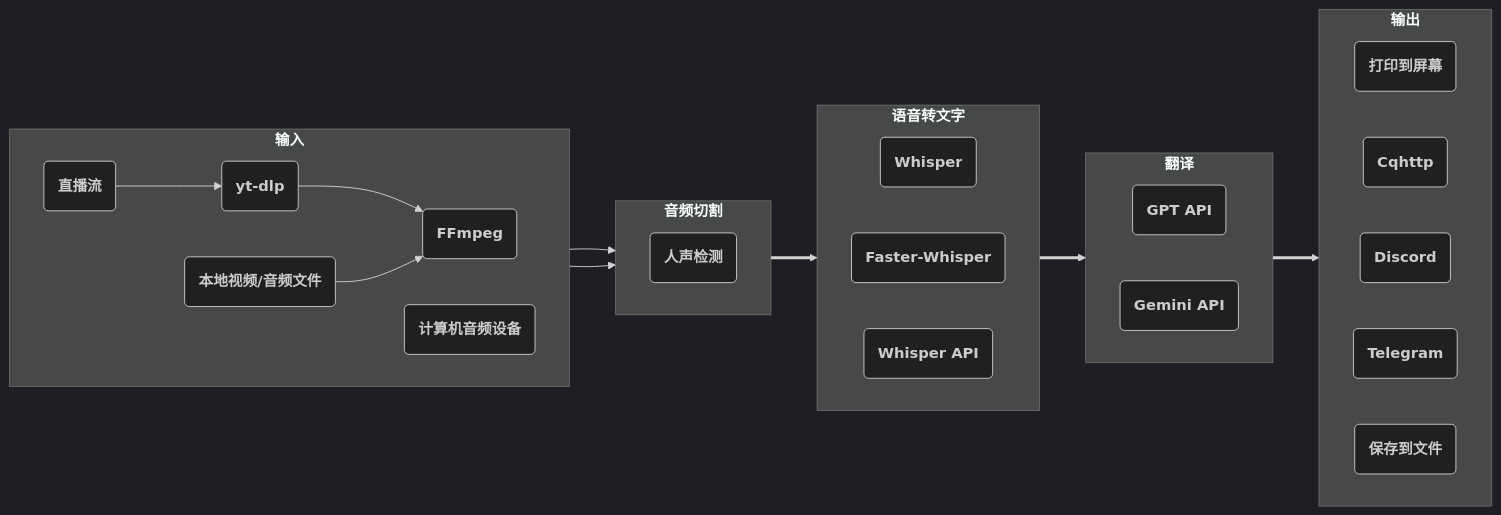
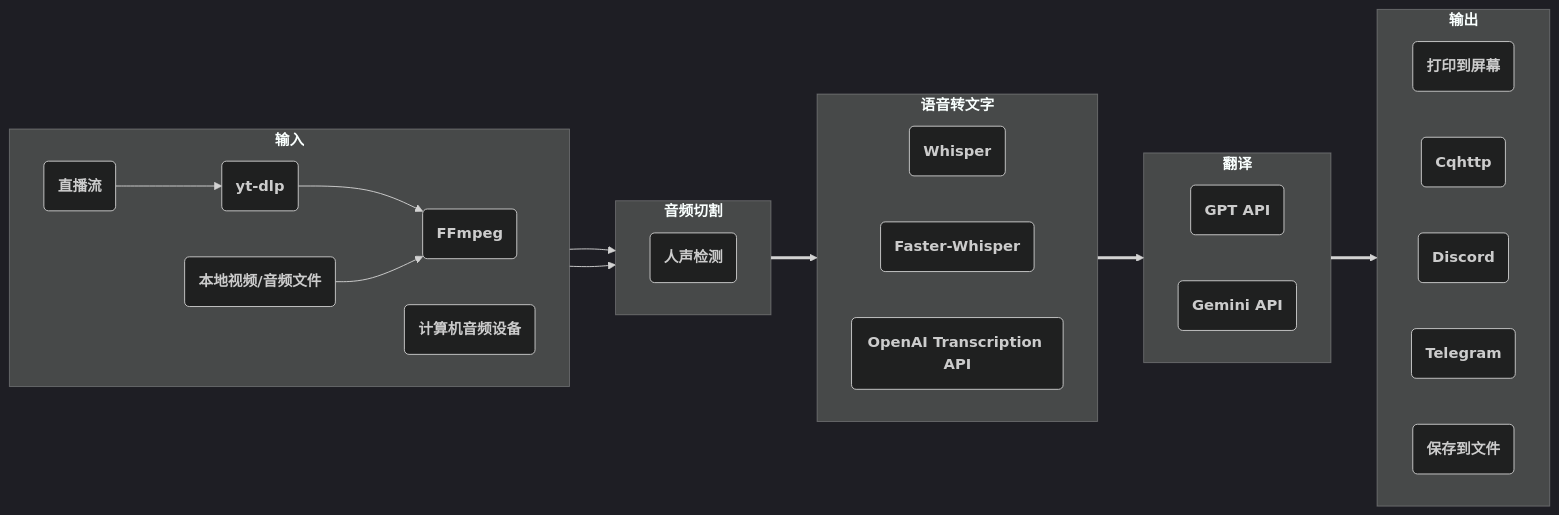
The diagram in README_CN.md (ionic-bond/stream-translator-gpt), drawn with Mermaid (dark theme) before and after one commit. The commit also changed other lines of this file and 9 other files, not shown here.

````diff
--- a/README_CN.md
+++ b/README_CN.md
@@ -7,42 +7,42 @@
 ```mermaid
 flowchart LR
     subgraph ga["`**输入**`"]
         direction LR
         aa("`**FFmpeg**`")
         ab("`**计算机音频设备**`")
         ac("`**yt-dlp**`")
         ad("`**本地视频/音频文件**`")
         ae("`**直播流**`")
         ac --> aa
         ad --> aa
         ae --> ac
     end
     subgraph gb["`**音频切割**`"]
         direction LR
         ba("`**人声检测**`")
     end
     subgraph gc["`**语音转文字**`"]
         direction LR
         ca("`**Whisper**`")
         cb("`**Faster-Whisper**`")
-        cc("`**Whisper API**`")
+        cc("`**OpenAI Transcription API**`")
     end
     subgraph gd["`**翻译**`"]
         direction LR
         da("`**GPT API**`")
         db("`**Gemini API**`")
     end
     subgraph ge["`**输出**`"]
         direction LR
         ea("`**打印到屏幕**`")
         eb("`**Cqhttp**`")
         ec("`**Discord**`")
         ed("`**Telegram**`")
         ee("`**保存到文件**`")
     end
     aa --> gb
     ab --> gb
     gb ==> gc
     gc ==> gd
     gd ==> ge
 ```
````
